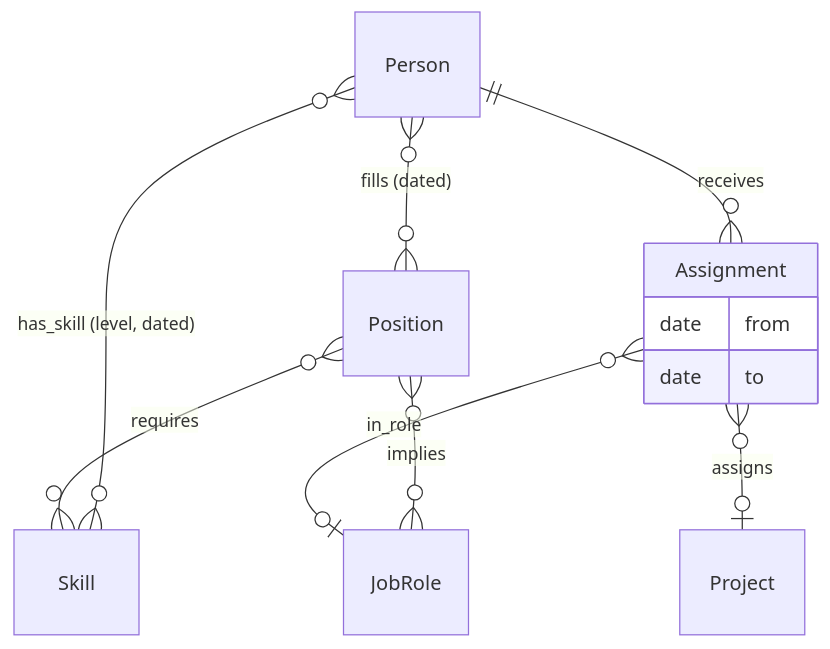
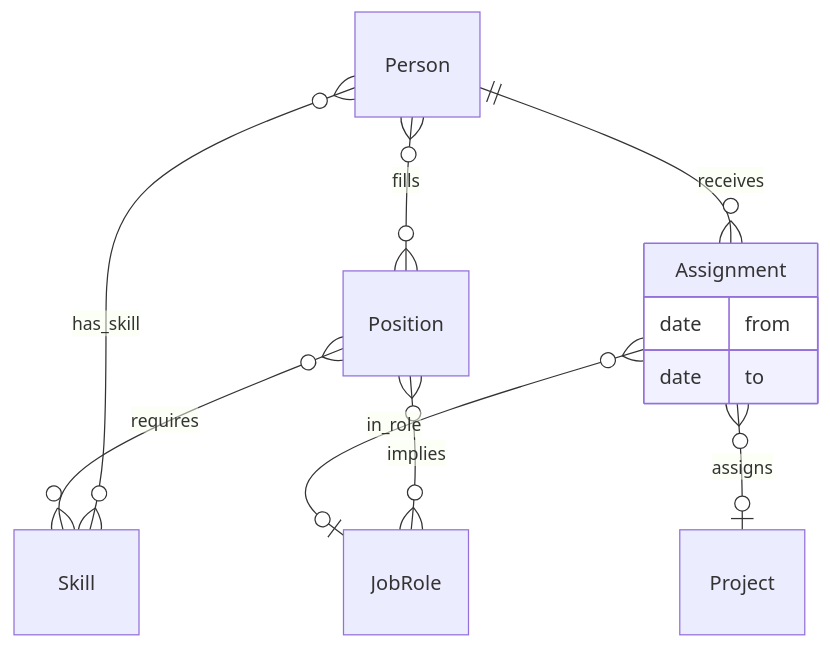
Before and after one commit to maxvydrin/vision: the second of 12 diagrams in SOFTWARE_ORGANIZATION_DOMAIN_MODEL.md, drawn with Mermaid. The commit also changed other lines of this file and 3 other files, not shown here.

````diff
--- a/SOFTWARE_ORGANIZATION_DOMAIN_MODEL.md
+++ b/SOFTWARE_ORGANIZATION_DOMAIN_MODEL.md
@@ -94,14 +120,14 @@
 ```mermaid
 erDiagram
-    Person }o--o{ Position : "fills (dated)"
+    Person }o--o{ Position : "fills"
     Position }o--o{ JobRole : "implies"
-    Person }o--o{ Skill : "has_skill (level, dated)"
+    Person }o--o{ Skill : "has_skill"
     Position }o--o{ Skill : "requires"
     Person ||--o{ Assignment : "receives"
     Assignment }o--o| Project : "assigns"
     Assignment }o--o| JobRole : "in_role"
     Assignment {
         date from
         date to
     }
 ```
````
